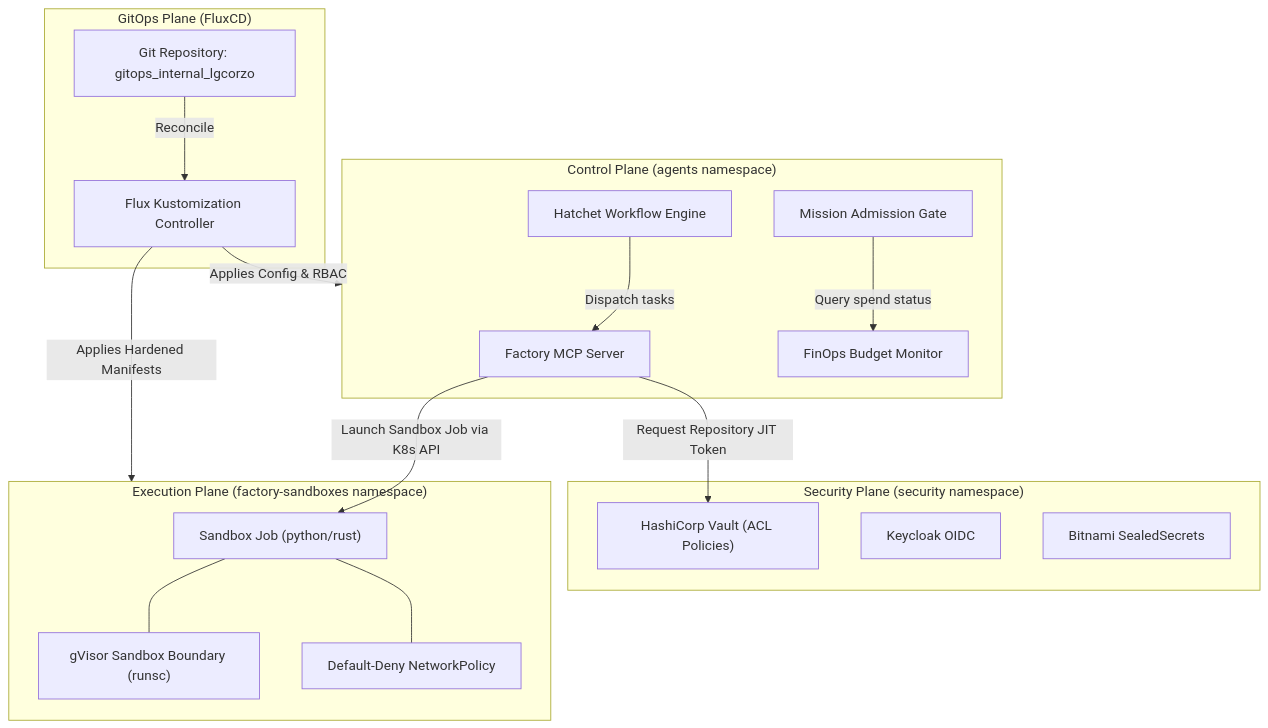
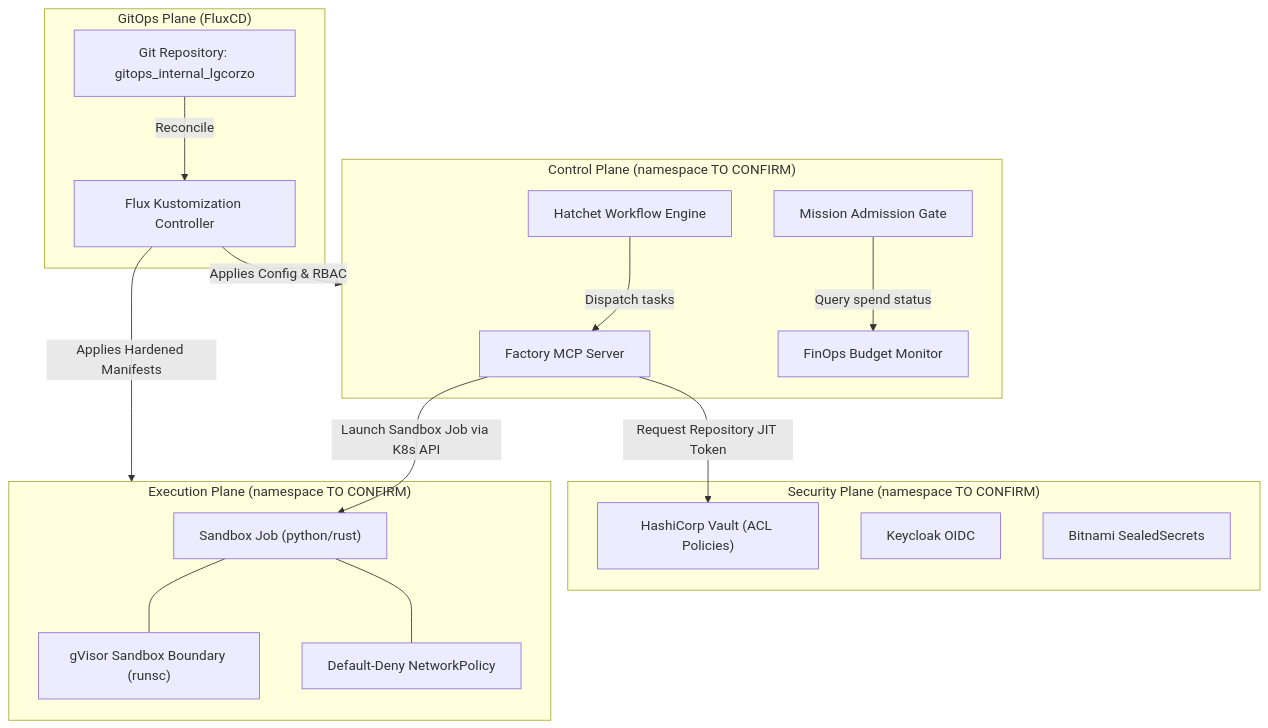
One commit to lgcorzo/rust_CACD_autonomous_factory changed the first of 2 diagrams in docs/architecture/DEPLOYMENT_ARCHITECTURE.md. Above: the diagram before and after it, drawn with Mermaid. The commit also changed other lines of this file and 77 other files, not shown here.

````diff
--- a/docs/architecture/DEPLOYMENT_ARCHITECTURE.md
+++ b/docs/architecture/DEPLOYMENT_ARCHITECTURE.md
@@ -20,39 +22,39 @@
 ```mermaid
 flowchart TD
     subgraph GitOpsPlane ["GitOps Plane (FluxCD)"]
         GitRepo["Git Repository: gitops_internal_lgcorzo"]
         FluxKustomize["Flux Kustomization Controller"]
         GitRepo -->|Reconcile| FluxKustomize
     end
 
-    subgraph ControlPlane ["Control Plane (agents namespace)"]
+    subgraph ControlPlane ["Control Plane (namespace TO CONFIRM)"]
         MCPServer["Factory MCP Server"]
         Hatchet["Hatchet Workflow Engine"]
         FinOps["FinOps Budget Monitor"]
         Scheduler["Mission Admission Gate"]
         
         Scheduler -->|Query spend status| FinOps
         Hatchet -->|Dispatch tasks| MCPServer
     end
 
-    subgraph SecurityPlane ["Security Plane (security namespace)"]
+    subgraph SecurityPlane ["Security Plane (namespace TO CONFIRM)"]
         Vault["HashiCorp Vault (ACL Policies)"]
         Keycloak["Keycloak OIDC"]
         SealedSecrets["Bitnami SealedSecrets"]
     end
 
-    subgraph IsolatedExecutionPlane ["Execution Plane (factory-sandboxes namespace)"]
+    subgraph IsolatedExecutionPlane ["Execution Plane (namespace TO CONFIRM)"]
         SandboxJob["Sandbox Job (python/rust)"]
         gVisor["gVisor Sandbox Boundary (runsc)"]
         NetPolicy["Default-Deny NetworkPolicy"]
         
         SandboxJob --- gVisor
         SandboxJob --- NetPolicy
     end
 
     FluxKustomize -->|Applies Hardened Manifests| IsolatedExecutionPlane
     FluxKustomize -->|Applies Config & RBAC| ControlPlane
     
     MCPServer -->|Launch Sandbox Job via K8s API| SandboxJob
     MCPServer -->|Request Repository JIT Token| Vault
 ```
````
